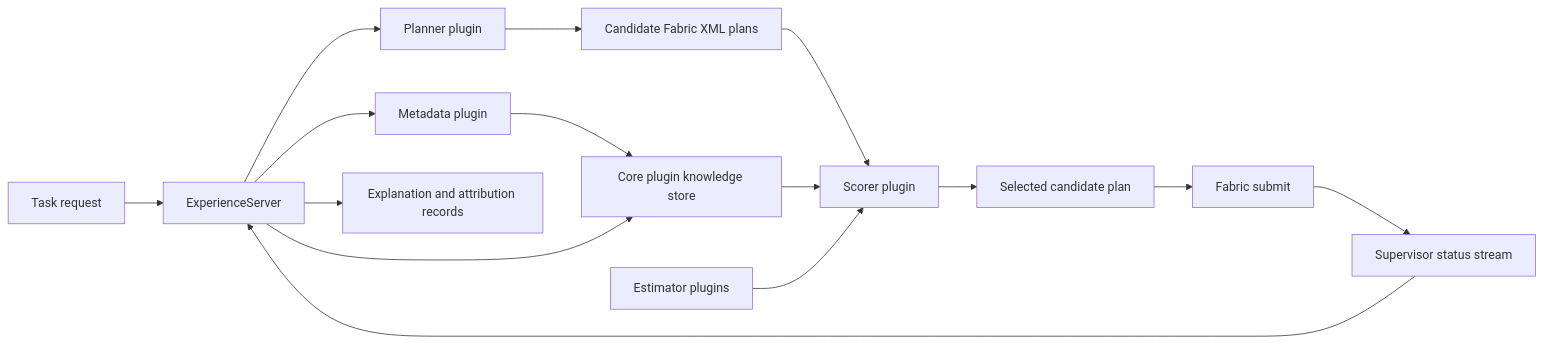
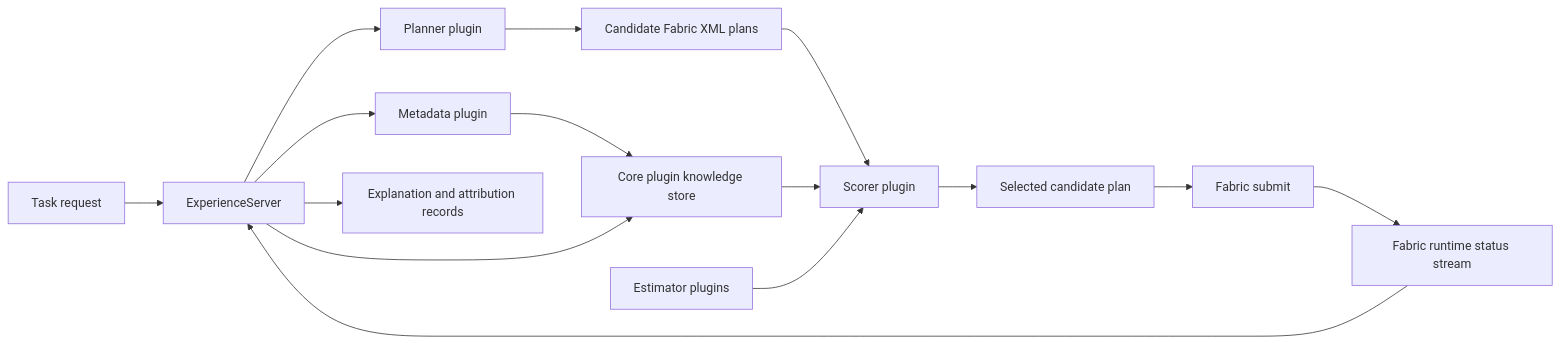
The diagram in docs/experience/implementation.md (CollaborativeRoboticsLab/fabric), drawn with Mermaid before and after one commit. The commit also changed other lines of this file and 7 other files, not shown here.

````diff
--- a/docs/experience/implementation.md
+++ b/docs/experience/implementation.md
@@ -11,17 +11,17 @@
 ```mermaid
 flowchart LR
 	A[Task request] --> B[ExperienceServer]
 	B --> C[Metadata plugin]
 	C --> D[Core plugin knowledge store]
 	B --> E[Planner plugin]
 	E --> F[Candidate Fabric XML plans]
 	F --> G[Scorer plugin]
 	D --> G
 	H[Estimator plugins] --> G
 	G --> I[Selected candidate plan]
 	I --> J[Fabric submit]
-	J --> K[Supervisor status stream]
+	J --> K[Fabric runtime status stream]
 	K --> B
 	B --> D
 	B --> L[Explanation and attribution records]
 ```
````
